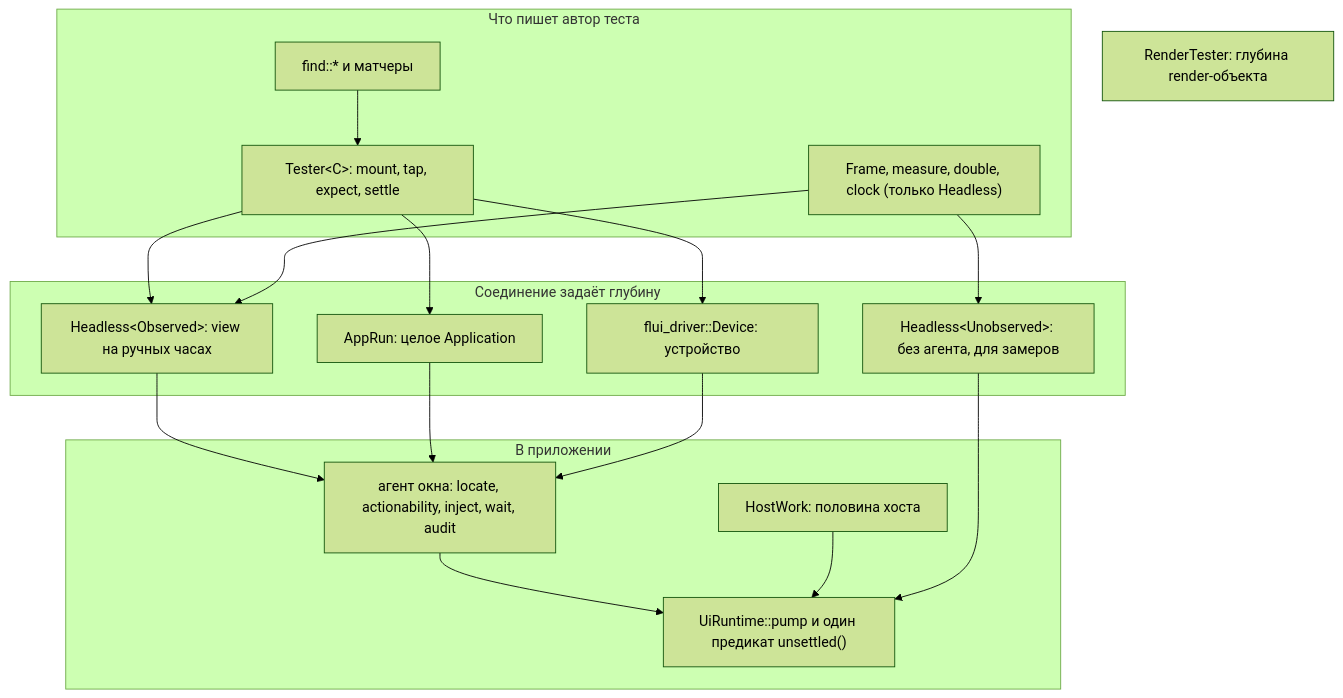
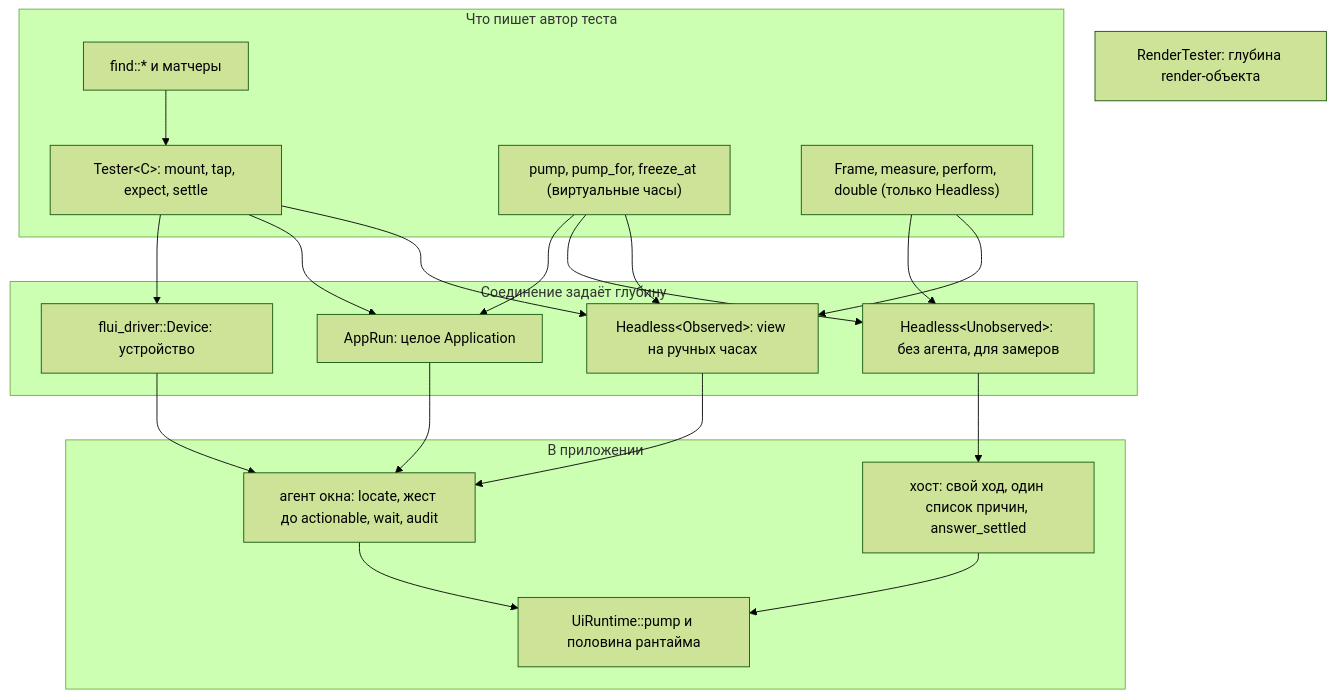
Before and after one commit to vanyastaff/flui: the diagram in docs/plans/specs/testing-platform/design.md, drawn with Mermaid (forest theme). The commit also changed other lines of this file and 13 other files, not shown here.

````diff
--- a/docs/plans/specs/testing-platform/design.md
+++ b/docs/plans/specs/testing-platform/design.md
@@ -25,29 +28,31 @@
 ```mermaid
 flowchart TB
   subgraph author["Что пишет автор теста"]
     T["Tester&lt;C&gt;: mount, tap, expect, settle"]
     F["find::* и матчеры"]
-    FR["Frame, measure, double, clock (только Headless)"]
+    VC["pump, pump_for, freeze_at (виртуальные часы)"]
+    FR["Frame, measure, perform, double (только Headless)"]
   end
   subgraph conn["Соединение задаёт глубину"]
     HO["Headless&lt;Observed&gt;: view на ручных часах"]
     HU["Headless&lt;Unobserved&gt;: без агента, для замеров"]
     AR["AppRun: целое Application"]
     DV["flui_driver::Device: устройство"]
   end
   subgraph app["В приложении"]
-    AG["агент окна: locate, actionability, inject, wait, audit"]
-    RT["UiRuntime::pump и один предикат unsettled()"]
-    HW["HostWork: половина хоста"]
+    AG["агент окна: locate, жест до actionable, wait, audit"]
+    RT["UiRuntime::pump и половина рантайма"]
+    HOST["хост: свой ход, один список причин, answer_settled"]
   end
   RTest["RenderTester: глубина render-объекта"]
   T --> HO & AR & DV
   F --> T
+  VC --> HO & HU & AR
   FR --> HO & HU
   HO --> AG
   AR --> AG
   DV --> AG
   AG --> RT
-  HW --> RT
-  HU --> RT
+  HOST --> RT
+  HU --> HOST
 ```
````
